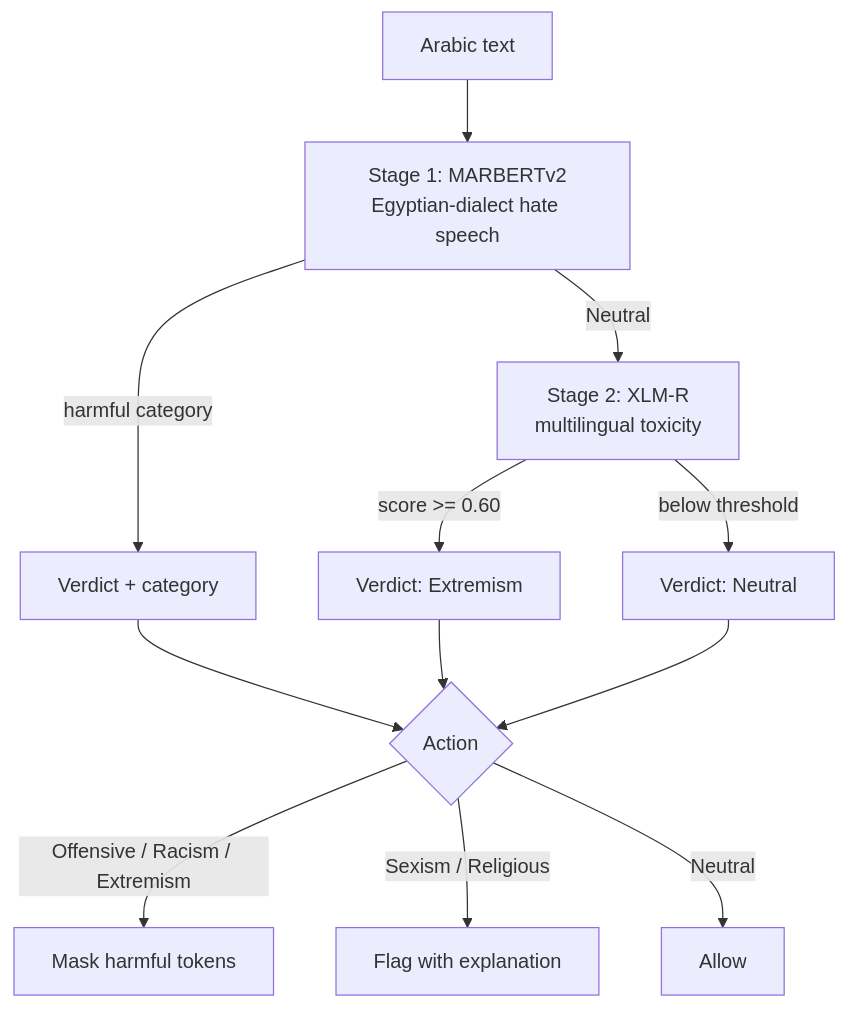
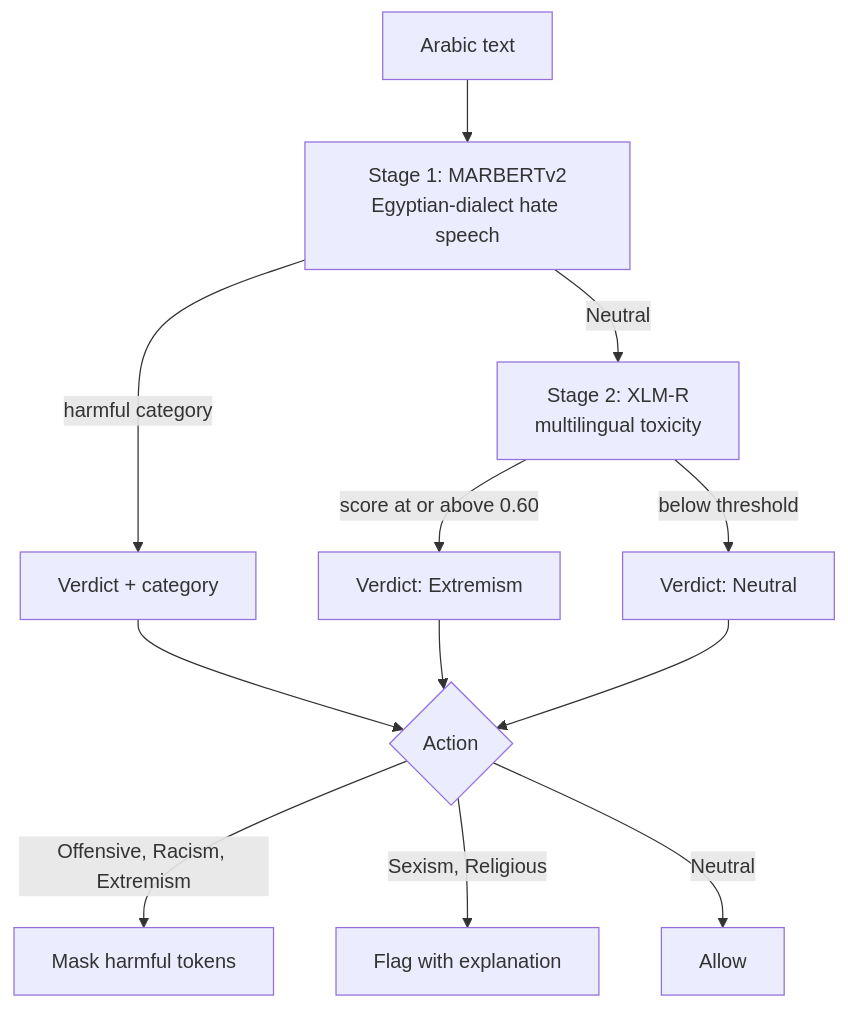
The diagram in README.md (yasmine-ali101/ai-content-moderation), drawn with Mermaid before and after one commit. The commit also changed other lines of this file and 5 other files, not shown here.

First line of the commit message:
Document the architectures tried and confirm notebook fidelity

````diff
--- a/README.md
+++ b/README.md
@@ -32,14 +34,14 @@
 ```mermaid
 flowchart TB
     T[Arabic text] --> S1[Stage 1: MARBERTv2<br/>Egyptian-dialect hate speech]
     S1 -->|harmful category| V[Verdict + category]
     S1 -->|Neutral| S2[Stage 2: XLM-R<br/>multilingual toxicity]
-    S2 -->|score >= 0.60| VE[Verdict: Extremism]
+    S2 -->|score at or above 0.60| VE[Verdict: Extremism]
     S2 -->|below threshold| VN[Verdict: Neutral]
     V --> A{Action}
     VE --> A
     VN --> A
-    A -->|Offensive / Racism / Extremism| M[Mask harmful tokens]
-    A -->|Sexism / Religious| F[Flag with explanation]
+    A -->|Offensive, Racism, Extremism| M[Mask harmful tokens]
+    A -->|Sexism, Religious| F[Flag with explanation]
     A -->|Neutral| P[Allow]
 ```
````
